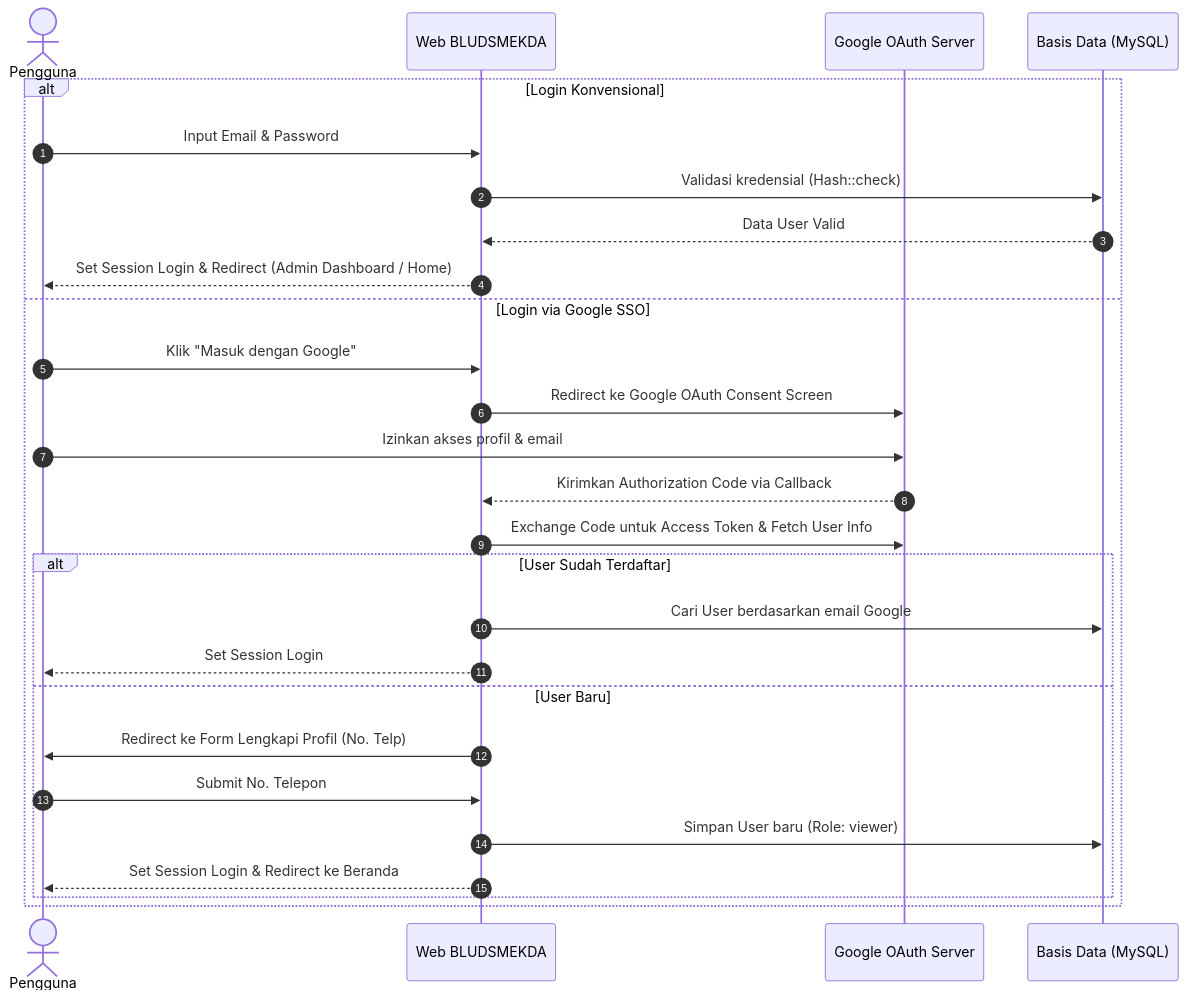
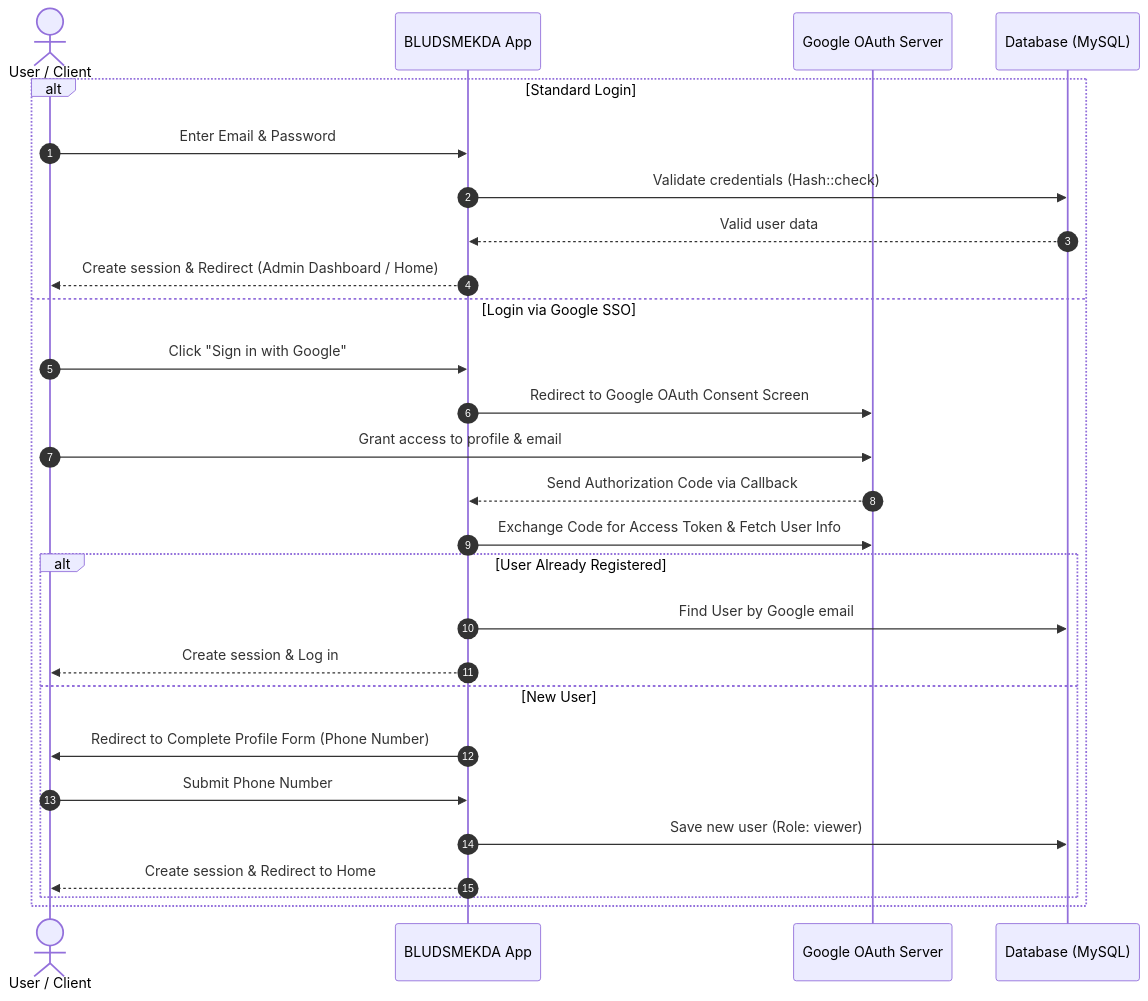
One commit to zan-ux/BLUD_SMKN2PURWAKARTA changed the second of 2 diagrams in README.md. Above: the diagram before and after it, drawn with Mermaid. The commit also changed other lines of this file and 7 other files, not shown here.

Commit message:
modified:   README.md 	modified:   document/README.md 	modified:   document/api.md 	modified:   document/architecture.md 	modified:   document/auth.md 	modified:   document/database.md 	modified:   document/features.md 	modified:   document/setup.md

````diff
--- a/README.md
+++ b/README.md
@@ -164,30 +165,30 @@
 ```mermaid
 sequenceDiagram
     autonumber
-    actor User as Pengguna
-    participant Web as Web BLUDSMEKDA
+    actor User as User / Client
+    participant Web as BLUDSMEKDA App
     participant Google as Google OAuth Server
-    participant DB as Basis Data (MySQL)
+    participant DB as Database (MySQL)
 
-    alt Login Konvensional
-        User->>Web: Input Email & Password
-        Web->>DB: Validasi kredensial (Hash::check)
-        DB-->>Web: Data User Valid
-        Web-->>User: Set Session Login & Redirect (Admin Dashboard / Home)
+    alt Standard Login
+        User->>Web: Enter Email & Password
+        Web->>DB: Validate credentials (Hash::check)
+        DB-->>Web: Valid user data
+        Web-->>User: Create session & Redirect (Admin Dashboard / Home)
     else Login via Google SSO
-        User->>Web: Klik "Masuk dengan Google"
-        Web->>Google: Redirect ke Google OAuth Consent Screen
-        User->>Google: Izinkan akses profil & email
-        Google-->>Web: Kirimkan Authorization Code via Callback
-        Web->>Google: Exchange Code untuk Access Token & Fetch User Info
-        alt User Sudah Terdaftar
-            Web->>DB: Cari User berdasarkan email Google
-            Web-->>User: Set Session Login
-        else User Baru
-            Web->>User: Redirect ke Form Lengkapi Profil (No. Telp)
-            User->>Web: Submit No. Telepon
-            Web->>DB: Simpan User baru (Role: viewer)
-            Web-->>User: Set Session Login & Redirect ke Beranda
+        User->>Web: Click "Sign in with Google"
+        Web->>Google: Redirect to Google OAuth Consent Screen
+        User->>Google: Grant access to profile & email
+        Google-->>Web: Send Authorization Code via Callback
+        Web->>Google: Exchange Code for Access Token & Fetch User Info
+        alt User Already Registered
+            Web->>DB: Find User by Google email
+            Web-->>User: Create session & Log in
+        else New User
+            Web->>User: Redirect to Complete Profile Form (Phone Number)
+            User->>Web: Submit Phone Number
+            Web->>DB: Save new user (Role: viewer)
+            Web-->>User: Create session & Redirect to Home
         end
     end
 ```
````
